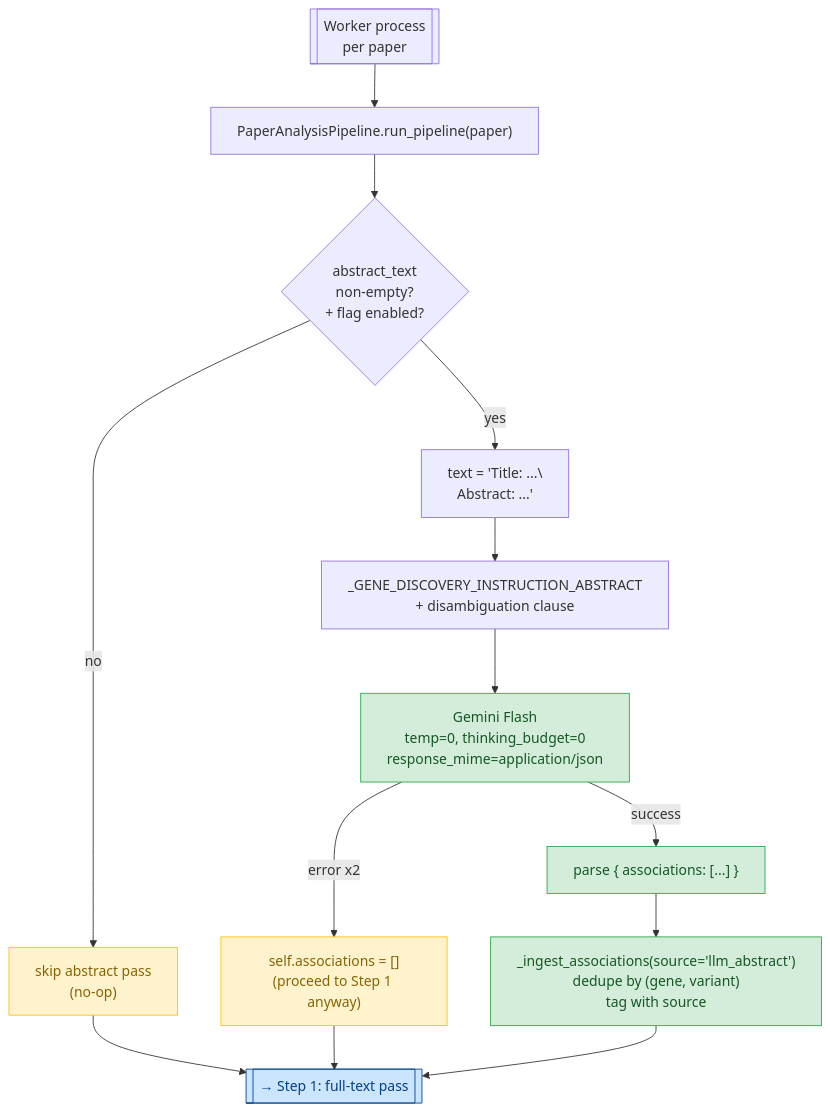
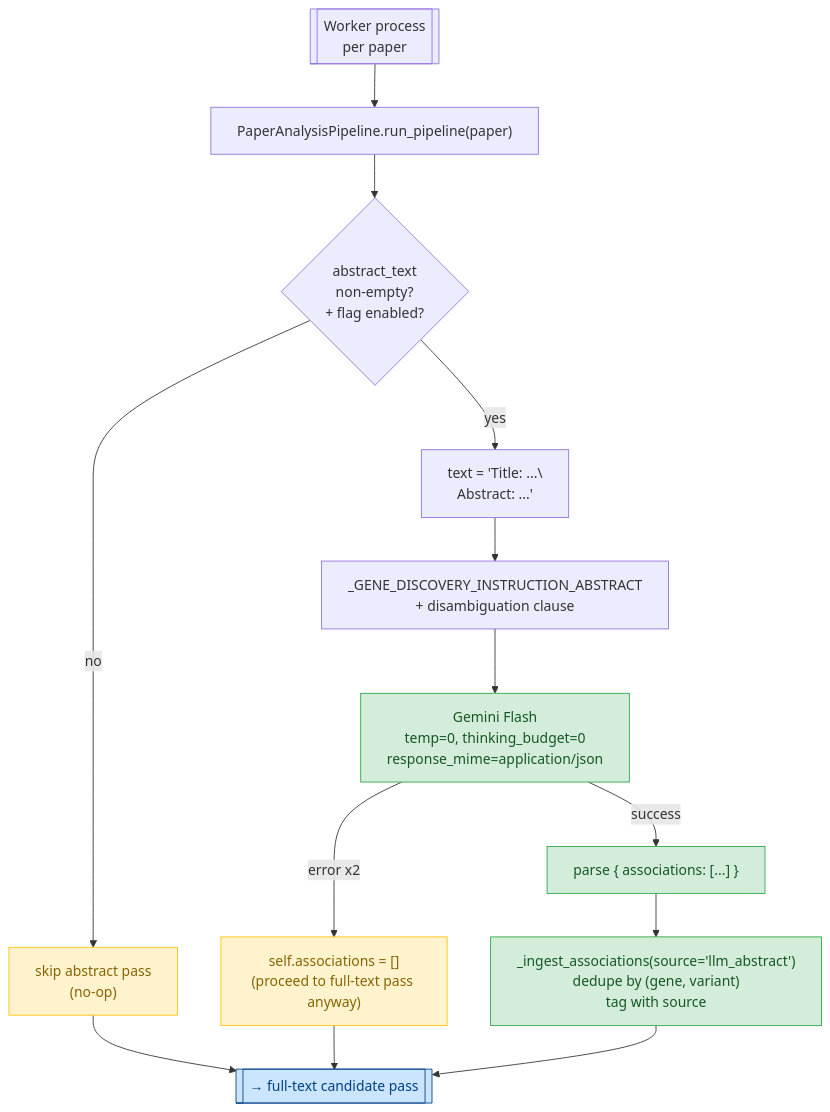
The fourth of 11 diagrams in docs/pipeline/understanding.md (michaluppal/Researchshop-Disease2Gene), drawn with Mermaid before and after one commit. The commit also changed other lines of this file and 30 other files, not shown here.

````diff
--- a/docs/pipeline/understanding.md
+++ b/docs/pipeline/understanding.md
@@ -1261,28 +1261,28 @@
 ```mermaid
 flowchart TD
     Worker[["Worker process<br/>per paper"]]
     Start["PaperAnalysisPipeline.run_pipeline(paper)"]
 
     Worker --> Start
     Start --> Guard{"abstract_text<br/>non-empty?<br/>+ flag enabled?"}
     Guard -->|no| Skip["skip abstract pass<br/>(no-op)"]
     Guard -->|yes| Build["text = 'Title: ...\\nAbstract: ...'"]
 
     Build --> Prompt["_GENE_DISCOVERY_INSTRUCTION_ABSTRACT<br/>+ disambiguation clause"]
     Prompt --> Call["Gemini Flash<br/>temp=0, thinking_budget=0<br/>response_mime=application/json"]
     Call -->|success| Parse["parse { associations: [...] }"]
-    Call -->|error x2| Fail["self.associations = []<br/>(proceed to Step 1 anyway)"]
+    Call -->|error x2| Fail["self.associations = []<br/>(proceed to full-text pass anyway)"]
 
     Parse --> Ingest["_ingest_associations(source='llm_abstract')<br/>dedupe by (gene, variant)<br/>tag with source"]
-    Skip --> Next[["→ Step 1: full-text pass"]]
+    Skip --> Next[["→ full-text candidate pass"]]
     Fail --> Next
     Ingest --> Next
 
     classDef cheap fill:#d4edda,stroke:#28a745,color:#155724
     classDef fallback fill:#fff3cd,stroke:#ffc107,color:#856404
     classDef handoff fill:#cce5ff,stroke:#004085,color:#004085
 
     class Call,Parse,Ingest cheap
     class Skip,Fail fallback
     class Next handoff
 ```
````
